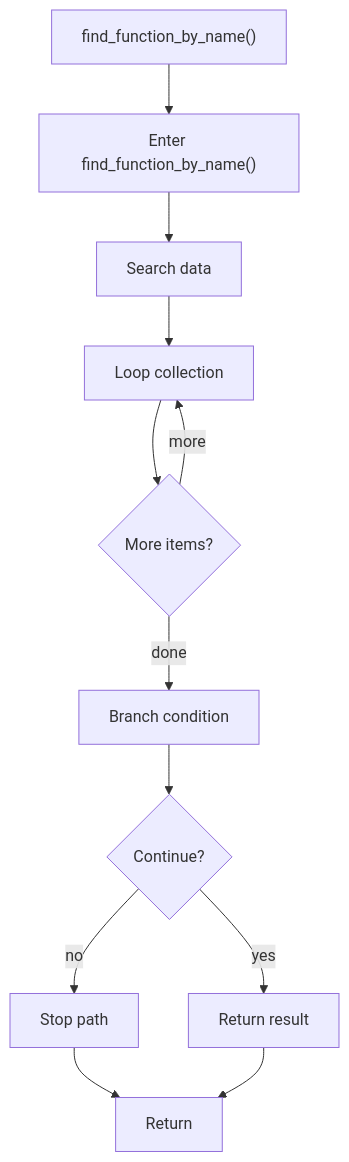
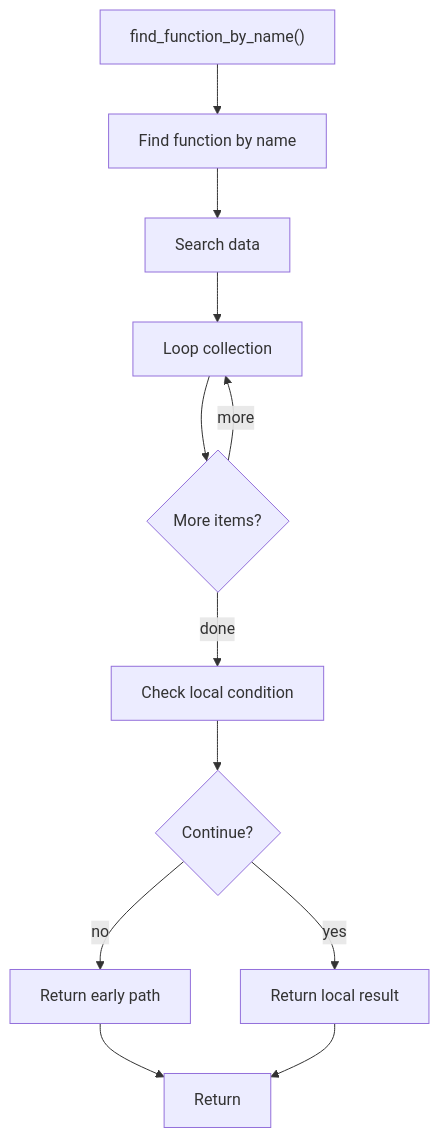
One commit to JohnAndrewBalbarosa/NeoTerritory changed the diagram in docs/Codebase/Microservice/Modules/Source/Analysis/ImplementationUse/Resolution/Symbols/Query/Flow/functions/find_function_by_name.cpp.md. Above: the diagram before and after it, drawn with Mermaid. The commit also changed other lines of this file and 925 other files, not shown here.

````diff
--- a/docs/Codebase/Microservice/Modules/Source/Analysis/ImplementationUse/Resolution/Symbols/Query/Flow/functions/find_function_by_name.cpp.md
+++ b/docs/Codebase/Microservice/Modules/Source/Analysis/ImplementationUse/Resolution/Symbols/Query/Flow/functions/find_function_by_name.cpp.md
@@ -19,24 +19,24 @@
 ```mermaid
 flowchart TD
     Start["find_function_by_name()"]
-    N0["Enter find_function_by_name()"]
+    N0["Find function by name"]
     N1["Search data"]
     N2["Loop collection"]
     L2{"More items?"}
-    N3["Branch condition"]
+    N3["Check local condition"]
     D3{"Continue?"}
-    R3["Stop path"]
-    N4["Return result"]
+    R3["Return early path"]
+    N4["Return local result"]
     End["Return"]
     Start --> N0
     N0 --> N1
     N1 --> N2
     N2 --> L2
     L2 -->|more| N2
     L2 -->|done| N3
     N3 --> D3
     D3 -->|yes| N4
     D3 -->|no| R3
     R3 --> End
     N4 --> End
 ```
````
